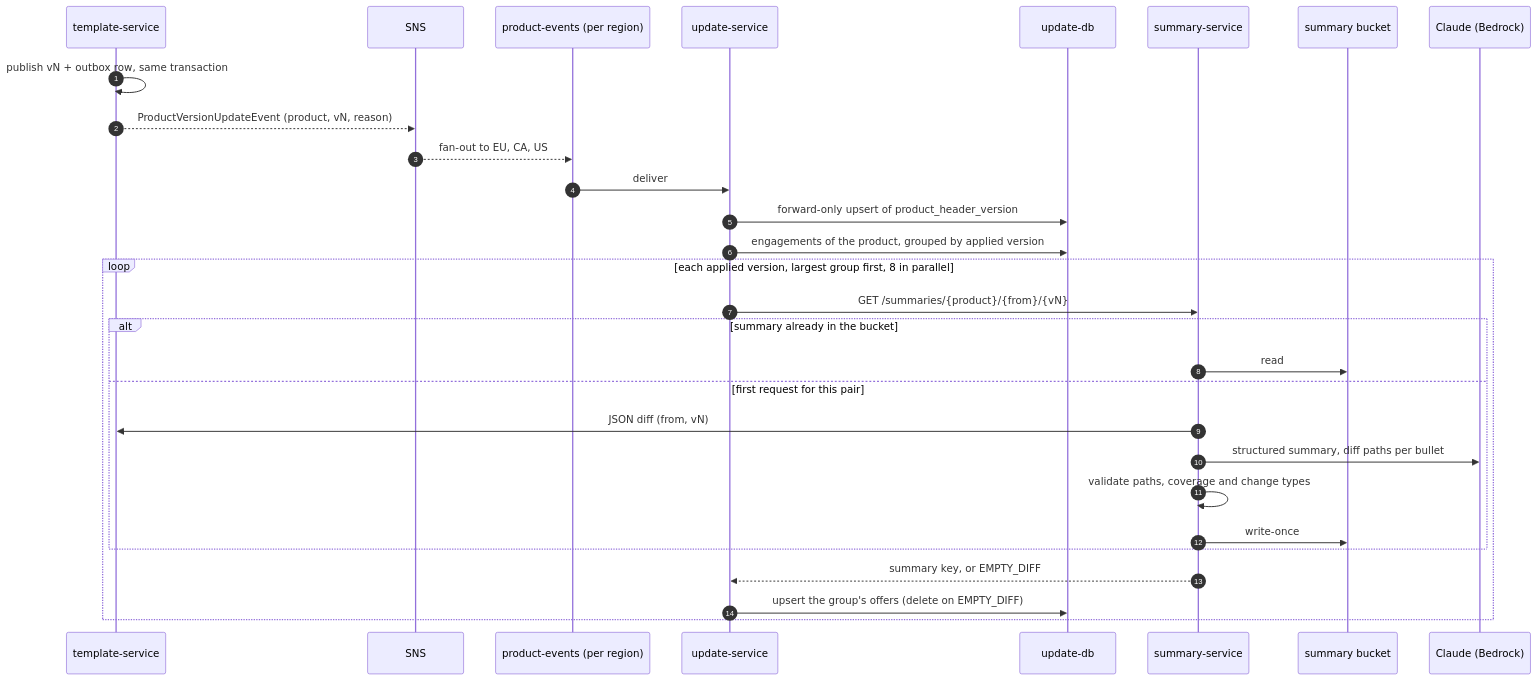
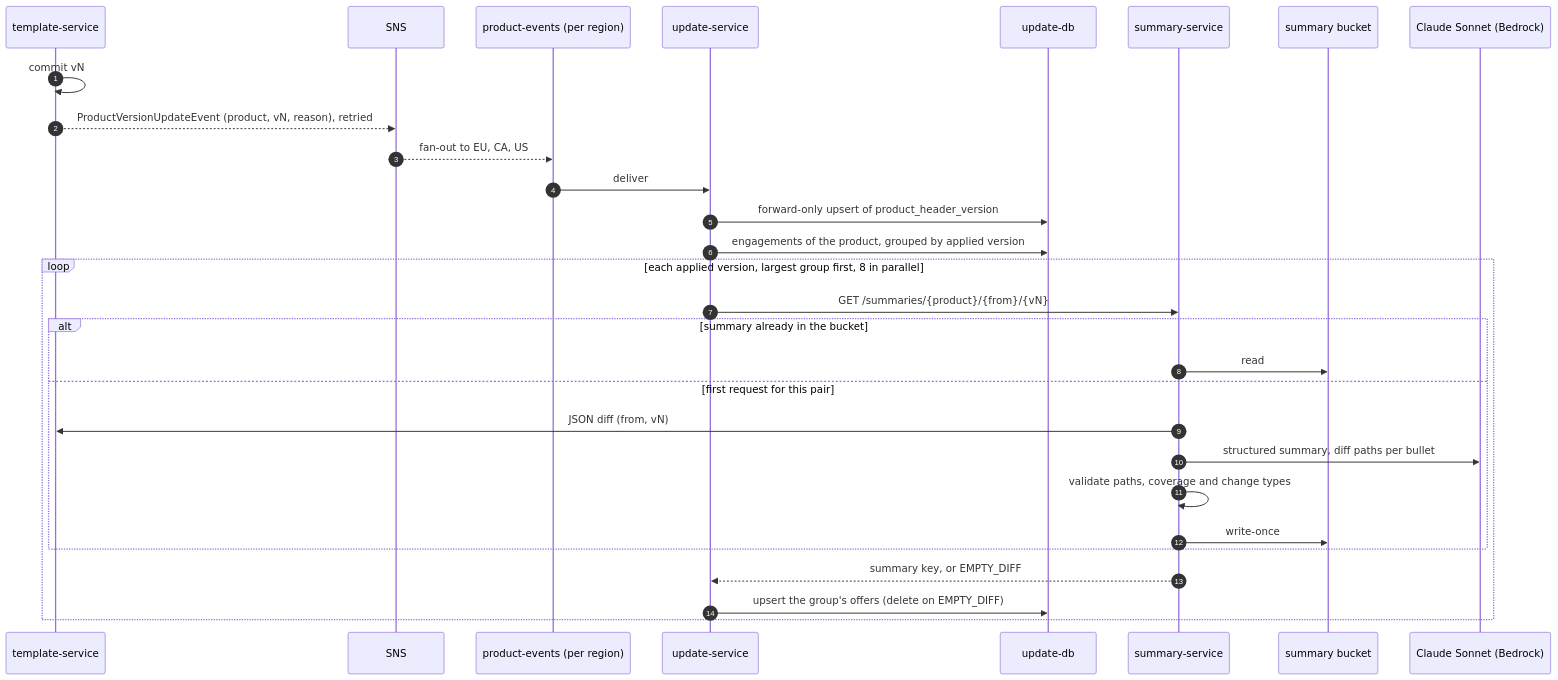
The second of 3 diagrams in DESIGN.md (fdesbois/caseware-take-home), drawn with Mermaid before and after one commit. The commit also changed other lines of this file, not shown here.

First line of the commit message:
docs: add delivery approach, drop the outbox, align DESIGN.md with the diagram

````diff
--- a/DESIGN.md
+++ b/DESIGN.md
@@ -114,31 +119,31 @@
 ```mermaid
 sequenceDiagram
   autonumber
   participant TS as template-service
   participant SNS as SNS
   participant Q as product-events (per region)
   participant UP as update-service
   participant DB as update-db
   participant SS as summary-service
   participant S3 as summary bucket
-  participant LLM as Claude (Bedrock)
-  TS->>TS: publish vN + outbox row, same transaction
-  TS-->>SNS: ProductVersionUpdateEvent (product, vN, reason)
+  participant LLM as Claude Sonnet (Bedrock)
+  TS->>TS: commit vN
+  TS-->>SNS: ProductVersionUpdateEvent (product, vN, reason), retried
   SNS-->>Q: fan-out to EU, CA, US
   Q->>UP: deliver
   UP->>DB: forward-only upsert of product_header_version
   UP->>DB: engagements of the product, grouped by applied version
   loop each applied version, largest group first, 8 in parallel
     UP->>SS: GET /summaries/{product}/{from}/{vN}
     alt summary already in the bucket
       SS->>S3: read
     else first request for this pair
       SS->>TS: JSON diff (from, vN)
       SS->>LLM: structured summary, diff paths per bullet
       SS->>SS: validate paths, coverage and change types
       SS->>S3: write-once
     end
     SS-->>UP: summary key, or EMPTY_DIFF
     UP->>DB: upsert the group's offers (delete on EMPTY_DIFF)
   end
 ```
````
